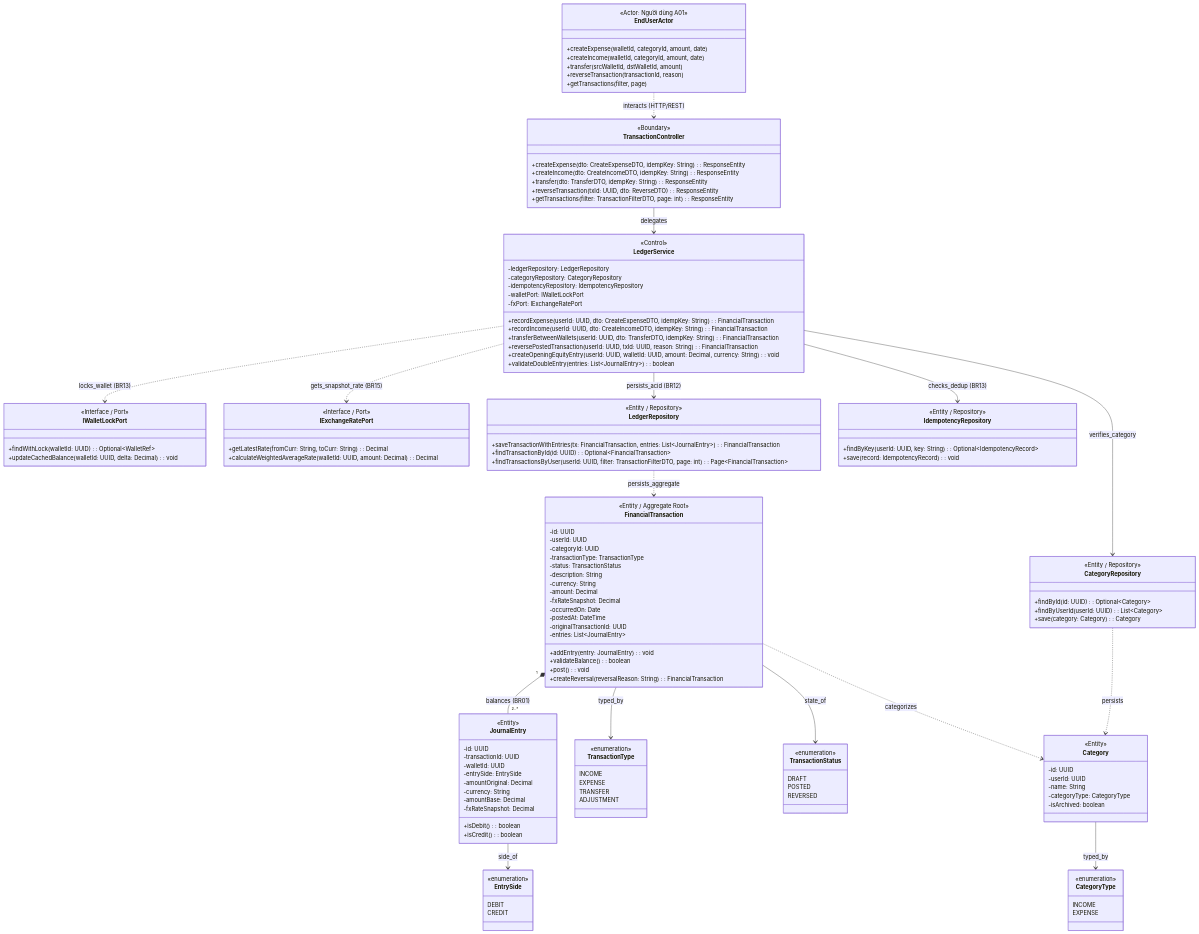
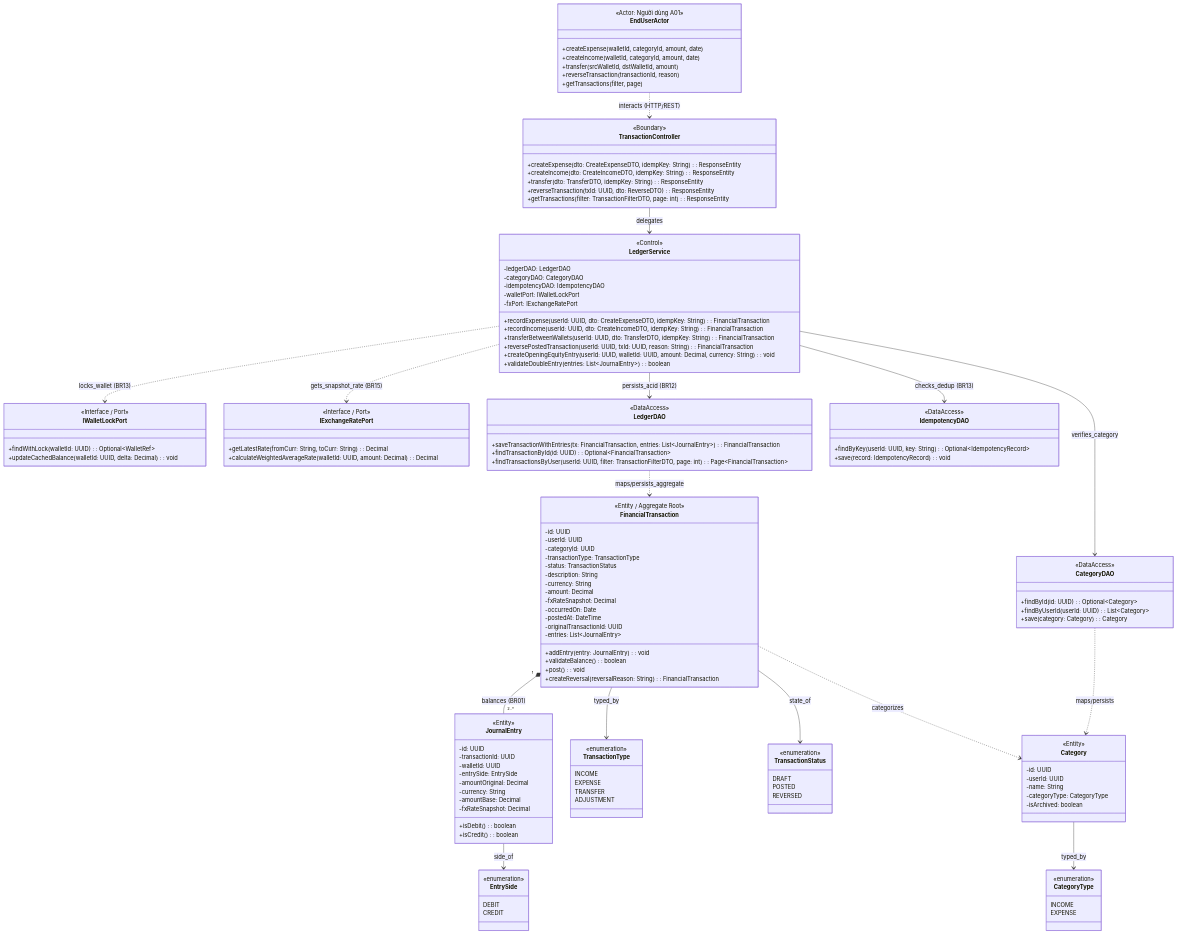
The diagram in docs/02_elaboration/uml_modeling/class_diagram/sources/cd03_double_entry_ledger.mmd (huytothevoz/SE---Microfinance-Personal-Wealth-Expense-Tracker), drawn with Mermaid before and after one commit. The commit also changed 10 other files, not shown here.

Commit message:
docs(uml): expand BCE to BCE+D with DAO pattern across CD01-CD05

```diff
--- a/docs/02_elaboration/uml_modeling/class_diagram/sources/cd03_double_entry_ledger.mmd
+++ b/docs/02_elaboration/uml_modeling/class_diagram/sources/cd03_double_entry_ledger.mmd
@@ -1,179 +1,179 @@
 classDiagram
     direction TB
 
     %% ==========================================
     %% ACTORS (Tác nhân tương tác)
     %% ==========================================
     class EndUserActor {
         <<Actor: Người dùng A01>>
         +createExpense(walletId, categoryId, amount, date)
         +createIncome(walletId, categoryId, amount, date)
         +transfer(srcWalletId, dstWalletId, amount)
         +reverseTransaction(transactionId, reason)
         +getTransactions(filter, page)
     }
 
     %% ==========================================
     %% BOUNDARY LAYER (Controllers)
     %% ==========================================
     class TransactionController {
         <<Boundary>>
         +createExpense(dto: CreateExpenseDTO, idempKey: String): ResponseEntity
         +createIncome(dto: CreateIncomeDTO, idempKey: String): ResponseEntity
         +transfer(dto: TransferDTO, idempKey: String): ResponseEntity
         +reverseTransaction(txId: UUID, dto: ReverseDTO): ResponseEntity
         +getTransactions(filter: TransactionFilterDTO, page: int): ResponseEntity
     }
 
     %% ==========================================
     %% CONTROL LAYER (Services & Ports)
     %% ==========================================
     class LedgerService {
         <<Control>>
-        -ledgerRepository: LedgerRepository
-        -categoryRepository: CategoryRepository
-        -idempotencyRepository: IdempotencyRepository
+        -ledgerDAO: LedgerDAO
+        -categoryDAO: CategoryDAO
+        -idempotencyDAO: IdempotencyDAO
         -walletPort: IWalletLockPort
         -fxPort: IExchangeRatePort
         +recordExpense(userId: UUID, dto: CreateExpenseDTO, idempKey: String): FinancialTransaction
         +recordIncome(userId: UUID, dto: CreateIncomeDTO, idempKey: String): FinancialTransaction
         +transferBetweenWallets(userId: UUID, dto: TransferDTO, idempKey: String): FinancialTransaction
         +reversePostedTransaction(userId: UUID, txId: UUID, reason: String): FinancialTransaction
         +createOpeningEquityEntry(userId: UUID, walletId: UUID, amount: Decimal, currency: String): void
         +validateDoubleEntry(entries: List~JournalEntry~): boolean
     }
 
     class IWalletLockPort {
         <<Interface / Port>>
         +findWithLock(walletId: UUID): Optional~WalletRef~
         +updateCachedBalance(walletId: UUID, delta: Decimal): void
     }
 
     class IExchangeRatePort {
         <<Interface / Port>>
         +getLatestRate(fromCurr: String, toCurr: String): Decimal
         +calculateWeightedAverageRate(walletId: UUID, amount: Decimal): Decimal
     }
 
     %% ==========================================
-    %% ENTITY / PERSISTENCE LAYER (Repositories)
+    %% DATA ACCESS LAYER (DAOs)
     %% ==========================================
-    class LedgerRepository {
-        <<Entity / Repository>>
+    class LedgerDAO {
+        <<DataAccess>>
         +saveTransactionWithEntries(tx: FinancialTransaction, entries: List~JournalEntry~): FinancialTransaction
         +findTransactionById(id: UUID): Optional~FinancialTransaction~
         +findTransactionsByUser(userId: UUID, filter: TransactionFilterDTO, page: int): Page~FinancialTransaction~
     }
 
-    class CategoryRepository {
-        <<Entity / Repository>>
+    class CategoryDAO {
+        <<DataAccess>>
         +findById(id: UUID): Optional~Category~
         +findByUserId(userId: UUID): List~Category~
         +save(category: Category): Category
     }
 
-    class IdempotencyRepository {
-        <<Entity / Repository>>
+    class IdempotencyDAO {
+        <<DataAccess>>
         +findByKey(userId: UUID, key: String): Optional~IdempotencyRecord~
         +save(record: IdempotencyRecord): void
     }
 
     %% ==========================================
     %% DOMAIN ENTITIES & ENUMS
     %% ==========================================
     class Category {
         <<Entity>>
         -id: UUID
         -userId: UUID
         -name: String
         -categoryType: CategoryType
         -isArchived: boolean
     }
 
     class CategoryType {
         <<enumeration>>
         INCOME
         EXPENSE
     }
 
     class FinancialTransaction {
         <<Entity / Aggregate Root>>
         -id: UUID
         -userId: UUID
         -categoryId: UUID
         -transactionType: TransactionType
         -status: TransactionStatus
         -description: String
         -currency: String
         -amount: Decimal
         -fxRateSnapshot: Decimal
         -occurredOn: Date
         -postedAt: DateTime
         -originalTransactionId: UUID
         -entries: List~JournalEntry~
         +addEntry(entry: JournalEntry): void
         +validateBalance(): boolean
         +post(): void
         +createReversal(reversalReason: String): FinancialTransaction
     }
 
     class TransactionType {
         <<enumeration>>
         INCOME
         EXPENSE
         TRANSFER
         ADJUSTMENT
     }
 
     class TransactionStatus {
         <<enumeration>>
         DRAFT
         POSTED
         REVERSED
     }
 
     class JournalEntry {
         <<Entity>>
         -id: UUID
         -transactionId: UUID
         -walletId: UUID
         -entrySide: EntrySide
         -amountOriginal: Decimal
         -currency: String
         -amountBase: Decimal
         -fxRateSnapshot: Decimal
         +isDebit(): boolean
         +isCredit(): boolean
     }
 
     class EntrySide {
         <<enumeration>>
         DEBIT
         CREDIT
     }
 
     %% ==========================================
     %% RELATIONSHIPS & INTERACTIONS
     %% ==========================================
-    %% Central Spine: Actor -> Controller -> Service -> Repository -> Aggregate Root -> Child
+    %% Central Spine: Actor -> Controller -> Service -> DAO -> Aggregate Root -> Child
     EndUserActor ..> TransactionController : interacts (HTTP/REST)
     TransactionController --> LedgerService : delegates
-    LedgerService --> LedgerRepository : persists_acid (BR12)
-    LedgerRepository ..> FinancialTransaction : persists_aggregate
+    LedgerService --> LedgerDAO : persists_acid (BR12)
+    LedgerDAO ..> FinancialTransaction : maps/persists_aggregate
     FinancialTransaction "1" *-- "2..*" JournalEntry : balances (BR01)
     JournalEntry --> EntrySide : side_of
 
     %% Left Ports (Wallet & FX)
     LedgerService ..> IWalletLockPort : locks_wallet (BR13)
     LedgerService ..> IExchangeRatePort : gets_snapshot_rate (BR15)
 
     %% Right Branch (Idempotency & Category Hierarchy)
-    LedgerService --> IdempotencyRepository : checks_dedup (BR13)
-    LedgerService --> CategoryRepository : verifies_category
-    CategoryRepository ..> Category : persists
+    LedgerService --> IdempotencyDAO : checks_dedup (BR13)
+    LedgerService --> CategoryDAO : verifies_category
+    CategoryDAO ..> Category : maps/persists
     Category --> CategoryType : typed_by
 
     %% Enums and Association
     FinancialTransaction ..> Category : categorizes
     FinancialTransaction --> TransactionType : typed_by
     FinancialTransaction --> TransactionStatus : state_of
```
